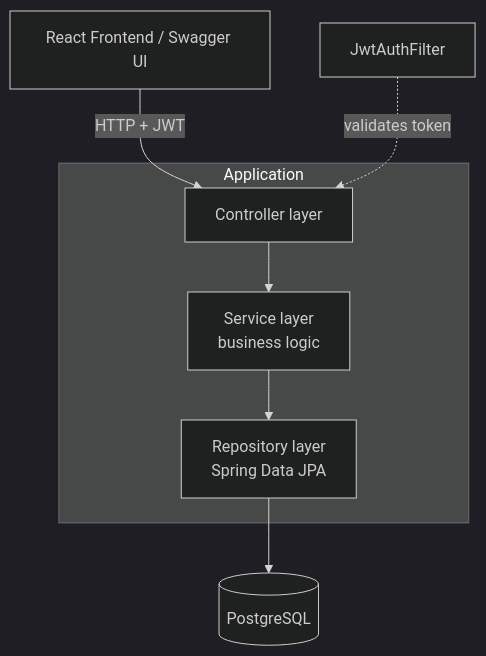
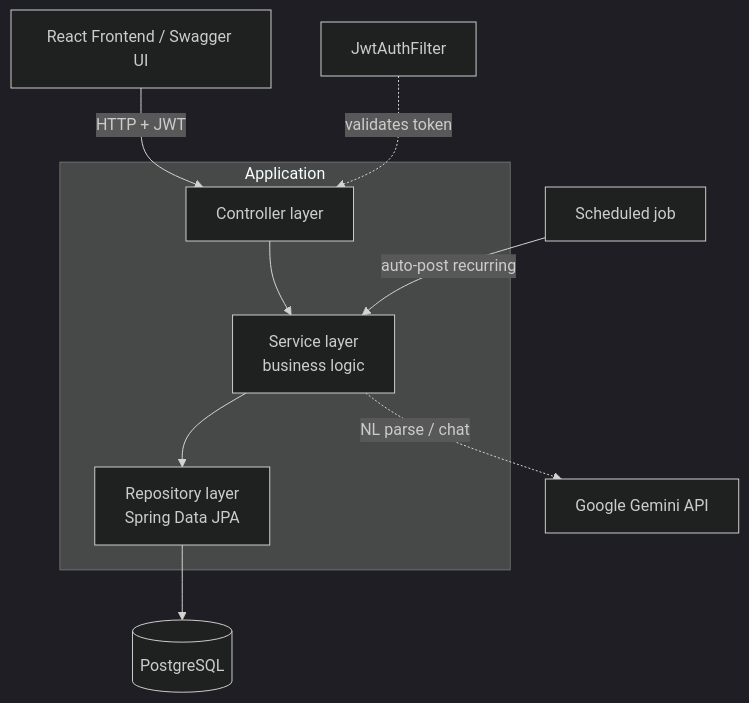
Before and after one commit to tai30052005/personal-finance-api: the diagram in README.md, drawn with Mermaid (dark theme). The commit also changed other lines of this file, not shown here.

````diff
--- a/README.md
+++ b/README.md
@@ -50,10 +62,12 @@
 ```mermaid
 flowchart TD
     Client[React Frontend / Swagger UI] -->|HTTP + JWT| Controller
     subgraph Application
         Controller[Controller layer] --> Service[Service layer<br/>business logic]
         Service --> Repository[Repository layer<br/>Spring Data JPA]
     end
     Repository --> DB[(PostgreSQL)]
     JwtFilter[JwtAuthFilter] -.validates token.-> Controller
+    Scheduler[Scheduled job] -->|auto-post recurring| Service
+    Service -.->|NL parse / chat| Gemini[Google Gemini API]
 ```
````
